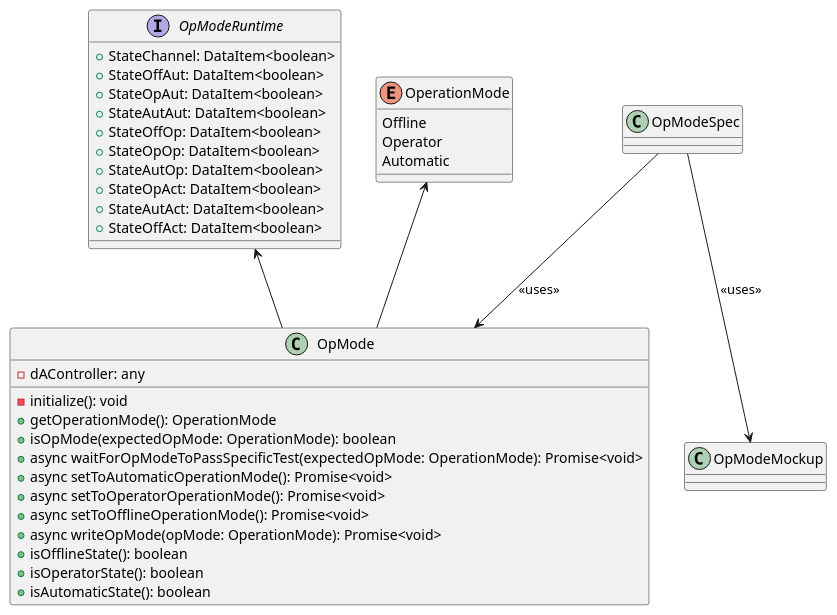
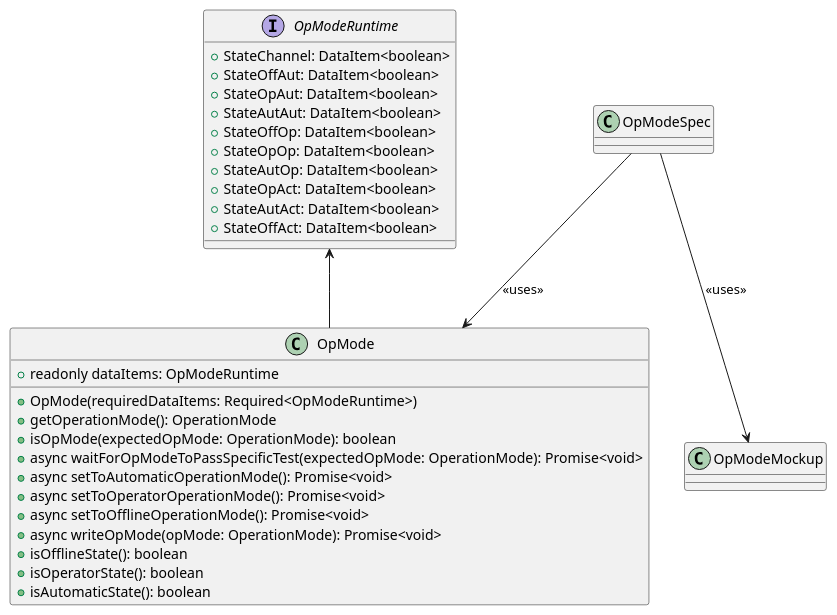
Before and after one commit to p2o-lab/polaris-backend: the diagram in src/modularPlantManager/pea/dataAssembly/baseFunction/opMode/OpMode.puml, drawn with PlantUML. The commit also changed 12 other files, not shown here.

```diff
--- a/src/modularPlantManager/pea/dataAssembly/baseFunction/opMode/OpMode.puml
+++ b/src/modularPlantManager/pea/dataAssembly/baseFunction/opMode/OpMode.puml
@@ -26,43 +26,37 @@
 @startuml
 'https://plantuml.com/class-diagram
 
 interface OpModeRuntime{
 	+ StateChannel: DataItem<boolean>
 	+ StateOffAut: DataItem<boolean>
 	+ StateOpAut: DataItem<boolean>
 	+ StateAutAut: DataItem<boolean>
 	+ StateOffOp: DataItem<boolean>
 	+ StateOpOp: DataItem<boolean>
 	+ StateAutOp: DataItem<boolean>
 	+ StateOpAct: DataItem<boolean>
 	+ StateAutAct: DataItem<boolean>
 	+ StateOffAct: DataItem<boolean>
 }
 
-enum OperationMode{
-    Offline
-    Operator
-    Automatic
-}
 
 class OpMode{
-    - dAController: any
-    - initialize(): void
+    + readonly dataItems: OpModeRuntime
+    + OpMode(requiredDataItems: Required<OpModeRuntime>)
     + getOperationMode(): OperationMode
     + isOpMode(expectedOpMode: OperationMode): boolean
     + async waitForOpModeToPassSpecificTest(expectedOpMode: OperationMode): Promise<void>
     + async setToAutomaticOperationMode(): Promise<void>
     + async setToOperatorOperationMode(): Promise<void>
     + async setToOfflineOperationMode(): Promise<void>
     + async writeOpMode(opMode: OperationMode): Promise<void>
     + isOfflineState(): boolean
     + isOperatorState(): boolean
     + isAutomaticState(): boolean
 }
 
 OpModeRuntime <-- OpMode
-OperationMode <-- OpMode
 OpModeSpec --> OpMode : <<uses>>
 OpModeSpec --> OpModeMockup : <<uses>>
 
 @enduml
```
